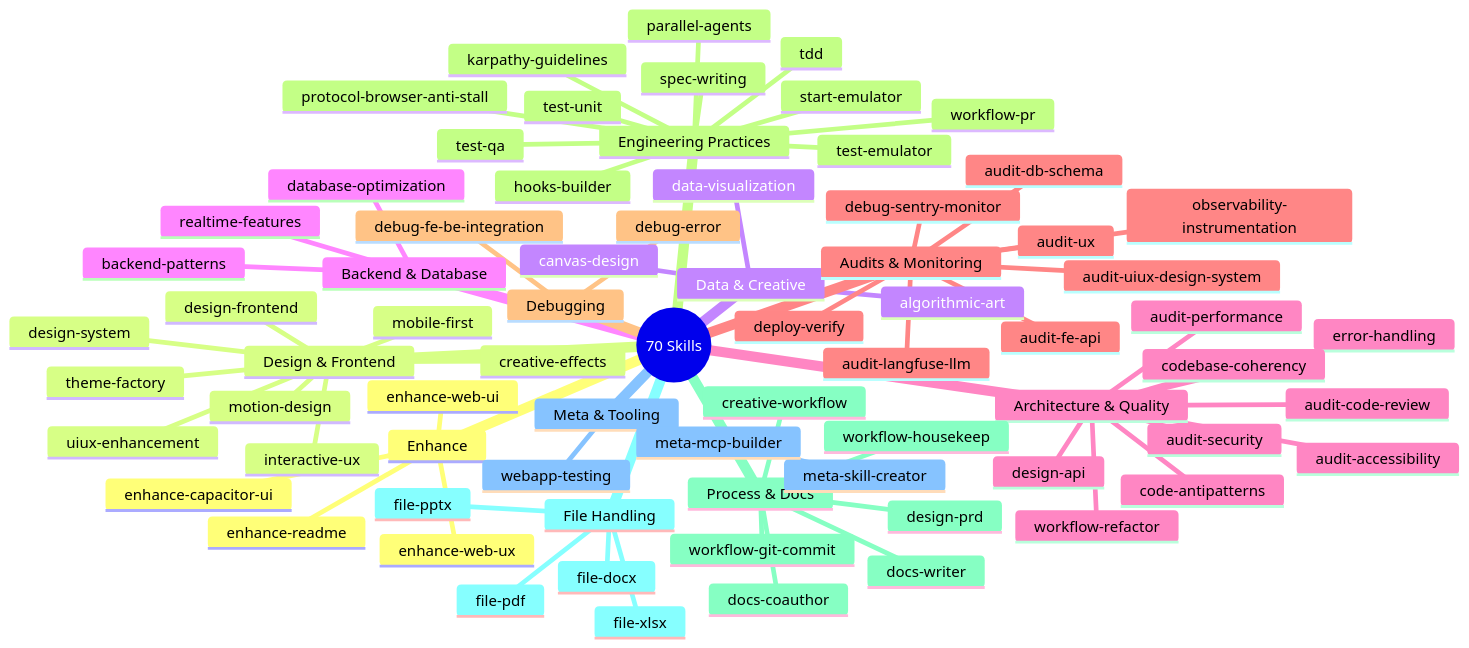
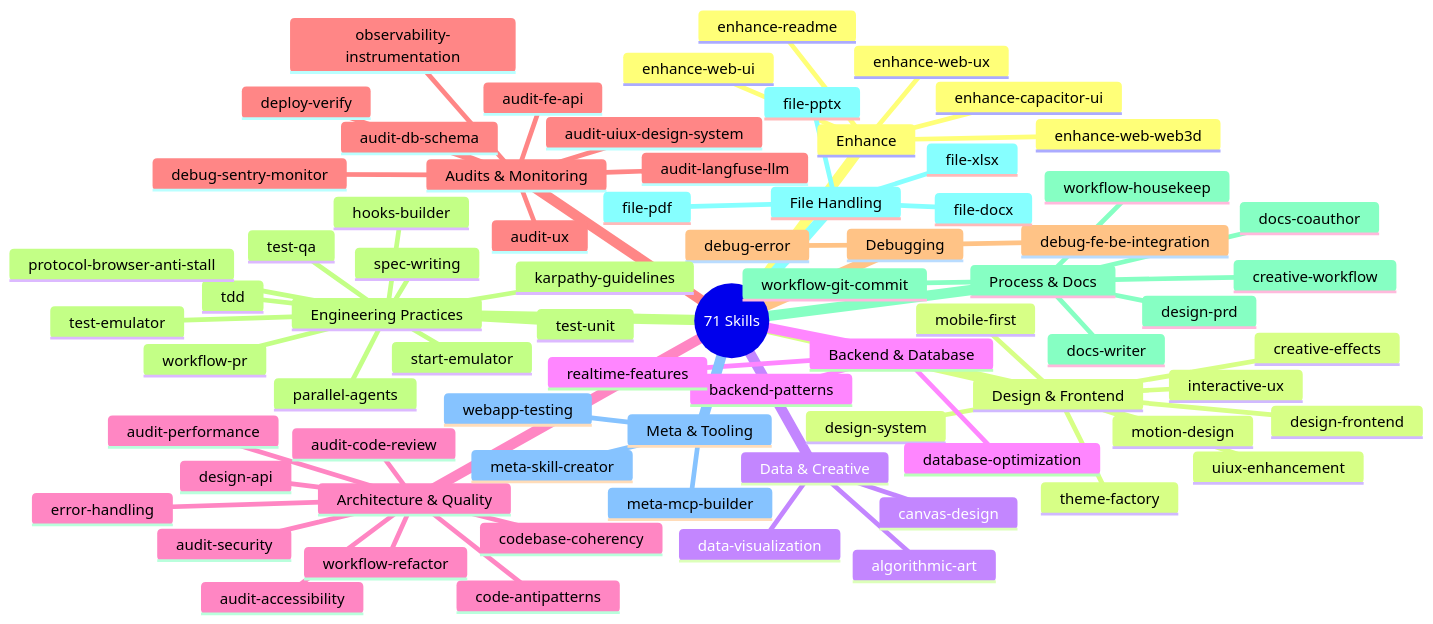
Before and after one commit to kensaurus/cursor-kenji: the seventh of 12 diagrams in README.md, drawn with Mermaid. The commit also changed other lines of this file and 9 other files, not shown here.

First line of the commit message:
feat(skills): add enhance-web-web3d; normalize skill count to 71

````diff
--- a/README.md
+++ b/README.md
@@ -557,76 +559,77 @@
 ```mermaid
 mindmap
-  root((70 Skills))
+  root((71 Skills))
     Enhance
       enhance-web-ui
       enhance-web-ux
+      enhance-web-web3d
       enhance-readme
       enhance-capacitor-ui
     Design & Frontend
       design-frontend
       design-system
       motion-design
       creative-effects
       uiux-enhancement
       interactive-ux
       mobile-first
       theme-factory
     Data & Creative
       data-visualization
       algorithmic-art
       canvas-design
     Backend & Database
       backend-patterns
       database-optimization
       realtime-features
     Architecture & Quality
       design-api
       error-handling
       code-antipatterns
       audit-code-review
       codebase-coherency
       workflow-refactor
       audit-performance
       audit-security
       audit-accessibility
     Audits & Monitoring
       audit-db-schema
       audit-fe-api
       audit-langfuse-llm
       audit-uiux-design-system
       audit-ux
       debug-sentry-monitor
       observability-instrumentation
       deploy-verify
     Debugging
       debug-error
       debug-fe-be-integration
     Engineering Practices
       tdd
       spec-writing
       parallel-agents
       hooks-builder
       karpathy-guidelines
       test-unit
       test-qa
       test-emulator
       start-emulator
       workflow-pr
       protocol-browser-anti-stall
     Process & Docs
       workflow-git-commit
       docs-coauthor
       docs-writer
       design-prd
       creative-workflow
       workflow-housekeep
     File Handling
       file-docx
       file-pdf
       file-pptx
       file-xlsx
     Meta & Tooling
       meta-skill-creator
       meta-mcp-builder
       webapp-testing
 ```
````
